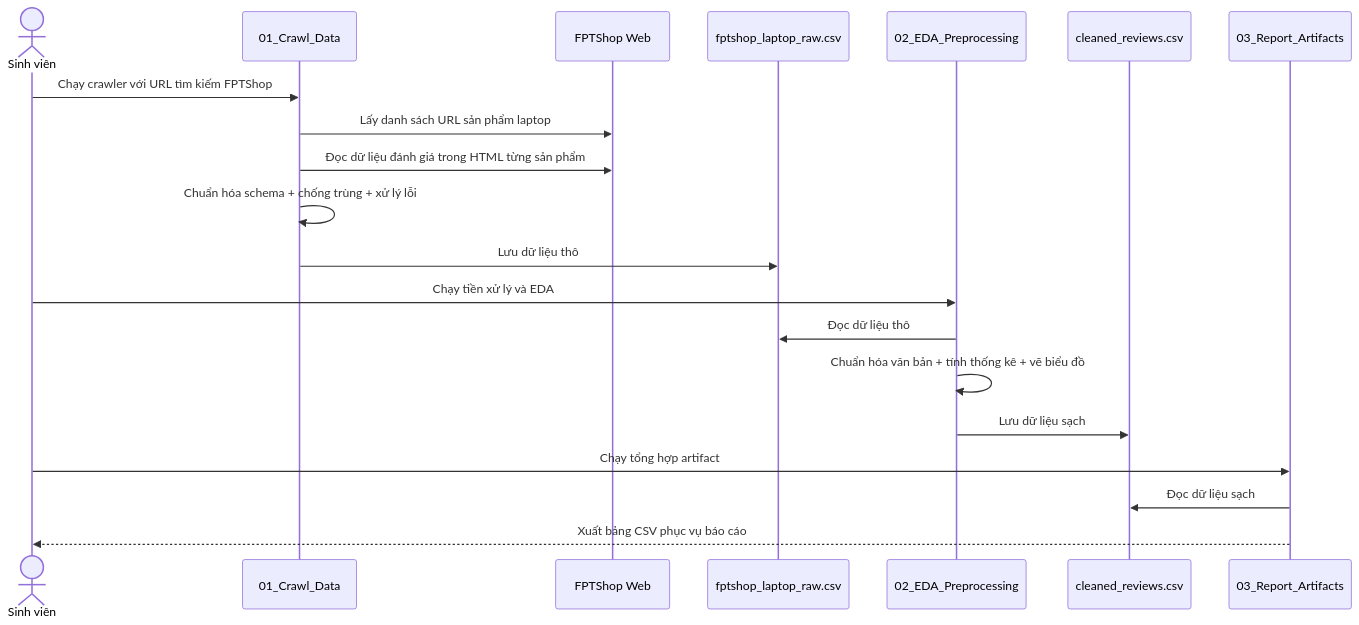
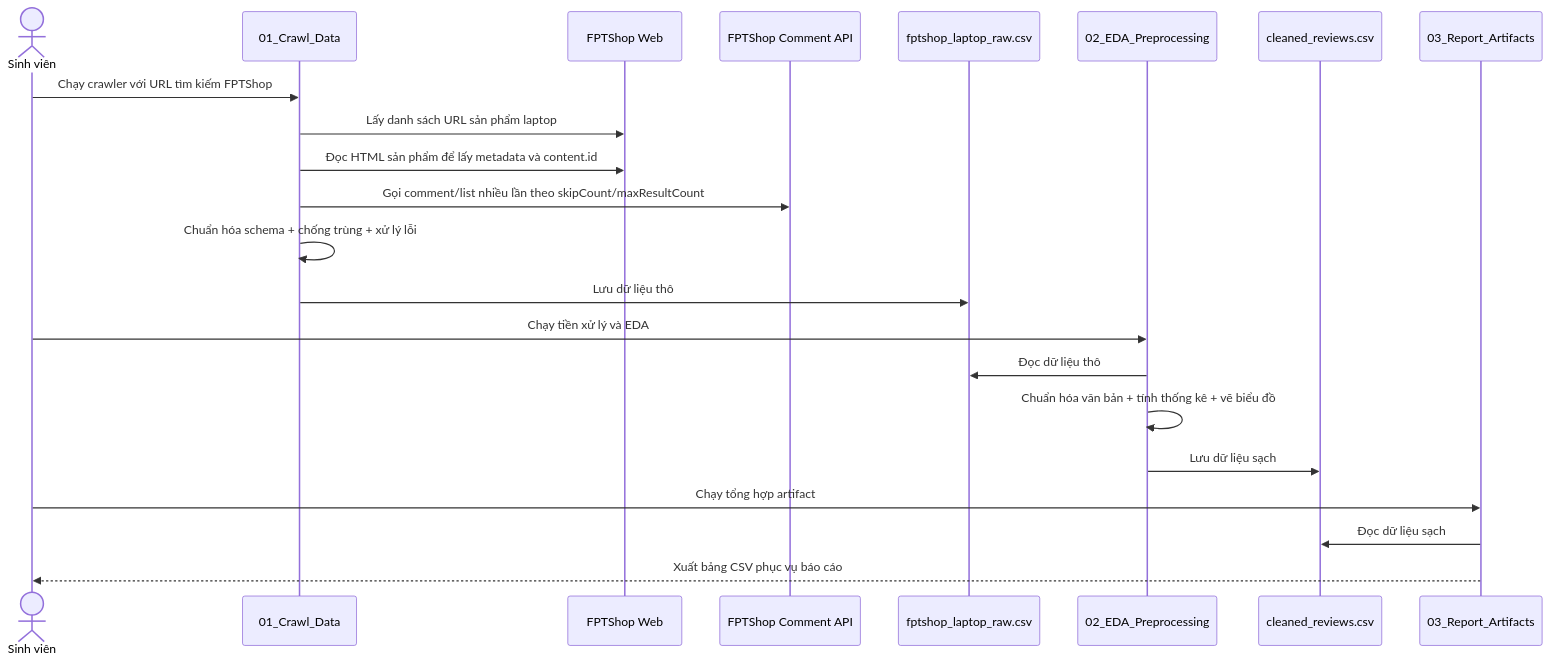
One commit to CodeingOver/KTLTTrongPTDL changed the second of 3 diagrams in docs/architecture.md. Above: the diagram before and after it, drawn with Mermaid. The commit also changed other lines of this file and 5 other files, not shown here.

First line of the commit message:
feat: Cập nhật `01_Crawl_Data.ipynb` để gọi API comment của FPTShop

````diff
--- a/docs/architecture.md
+++ b/docs/architecture.md
@@ -85,23 +89,25 @@
 ```mermaid
 sequenceDiagram
     actor SV as Sinh viên
     participant NB1 as 01_Crawl_Data
     participant WEB as FPTShop Web
+    participant API as FPTShop Comment API
     participant CSV1 as fptshop_laptop_raw.csv
     participant NB2 as 02_EDA_Preprocessing
     participant CSV2 as cleaned_reviews.csv
     participant NB3 as 03_Report_Artifacts
 
     SV->>NB1: Chạy crawler với URL tìm kiếm FPTShop
     NB1->>WEB: Lấy danh sách URL sản phẩm laptop
-    NB1->>WEB: Đọc dữ liệu đánh giá trong HTML từng sản phẩm
+    NB1->>WEB: Đọc HTML sản phẩm để lấy metadata và content.id
+    NB1->>API: Gọi comment/list nhiều lần theo skipCount/maxResultCount
     NB1->>NB1: Chuẩn hóa schema + chống trùng + xử lý lỗi
     NB1->>CSV1: Lưu dữ liệu thô
     SV->>NB2: Chạy tiền xử lý và EDA
     NB2->>CSV1: Đọc dữ liệu thô
     NB2->>NB2: Chuẩn hóa văn bản + tính thống kê + vẽ biểu đồ
     NB2->>CSV2: Lưu dữ liệu sạch
     SV->>NB3: Chạy tổng hợp artifact
     NB3->>CSV2: Đọc dữ liệu sạch
     NB3-->>SV: Xuất bảng CSV phục vụ báo cáo
 ```
````
